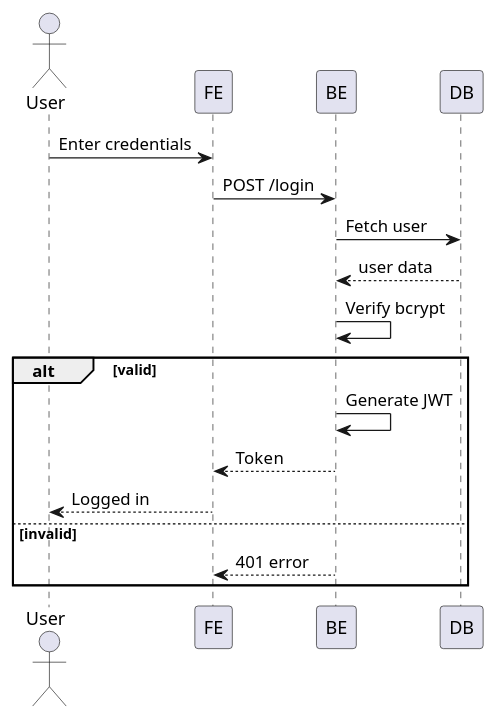
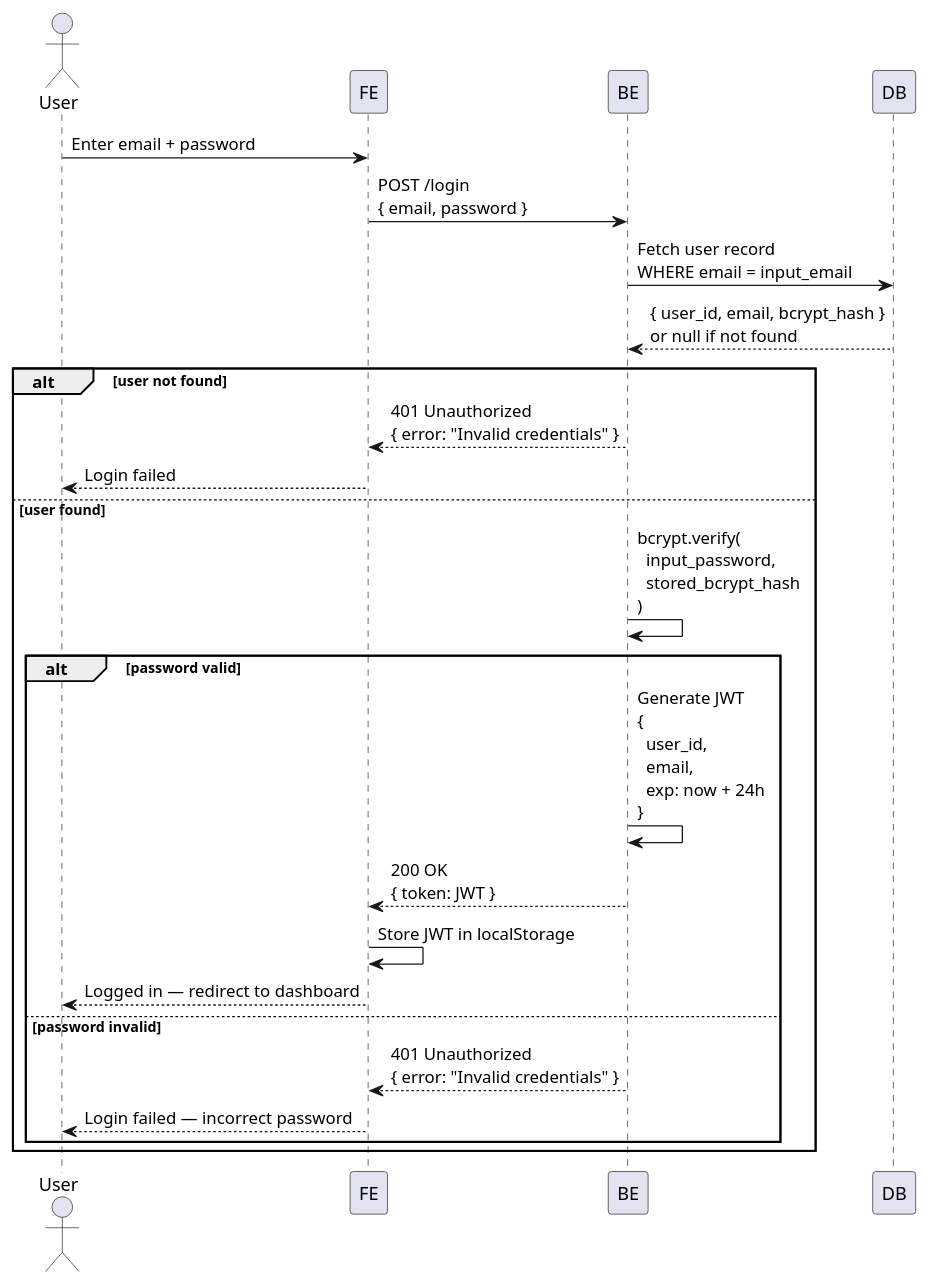
The diagram in docs/plantuml/us-1-login-user.puml (codedsami/SOEN-321-Project), drawn with PlantUML before and after one commit. The commit also changed 9 other files, not shown here.

```diff
--- a/docs/plantuml/us-1-login-user.puml
+++ b/docs/plantuml/us-1-login-user.puml
@@ -1,23 +1,30 @@
 @startuml
 actor User
 participant FE
 participant BE
 participant DB
 
-User -> FE : Enter credentials
-FE -> BE : POST /login
+User -> FE : Enter email + password
 
-BE -> DB : Fetch user
-DB --> BE : user data
+FE -> BE : POST /login\n{ email, password }
 
-BE -> BE : Verify bcrypt
+BE -> DB : Fetch user record\nWHERE email = input_email
+DB --> BE : { user_id, email, bcrypt_hash }\nor null if not found
 
-alt valid
-    BE -> BE : Generate JWT
-    BE --> FE : Token
-    FE --> User : Logged in
-else invalid
-    BE --> FE : 401 error
+alt user not found
+    BE --> FE : 401 Unauthorized\n{ error: "Invalid credentials" }
+    FE --> User : Login failed
+else user found
+    BE -> BE : bcrypt.verify(\n  input_password,\n  stored_bcrypt_hash\n)
+
+    alt password valid
+        BE -> BE : Generate JWT\n{\n  user_id,\n  email,\n  exp: now + 24h\n}
+        BE --> FE : 200 OK\n{ token: JWT }
+        FE -> FE : Store JWT in localStorage
+        FE --> User : Logged in — redirect to dashboard
+    else password invalid
+        BE --> FE : 401 Unauthorized\n{ error: "Invalid credentials" }
+        FE --> User : Login failed — incorrect password
+    end
 end
-
 @enduml
```
